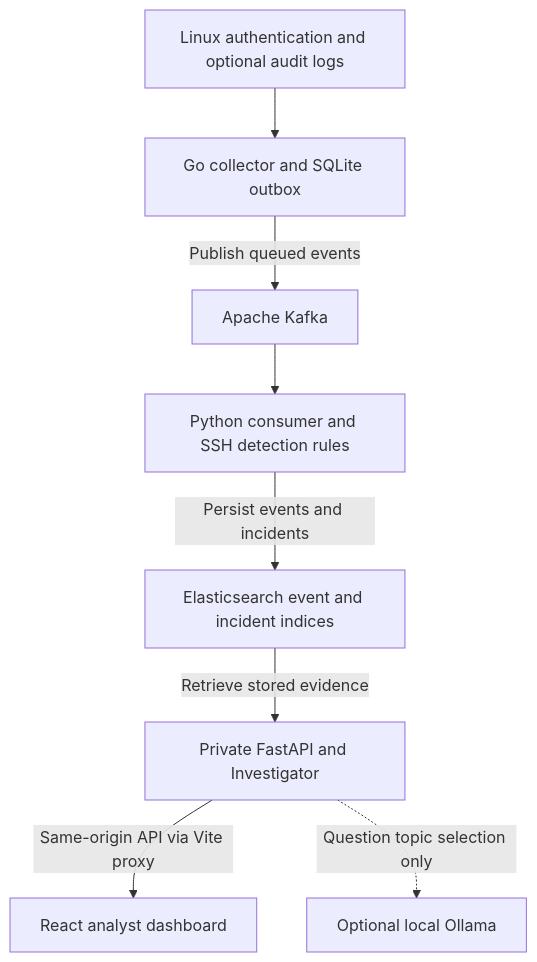
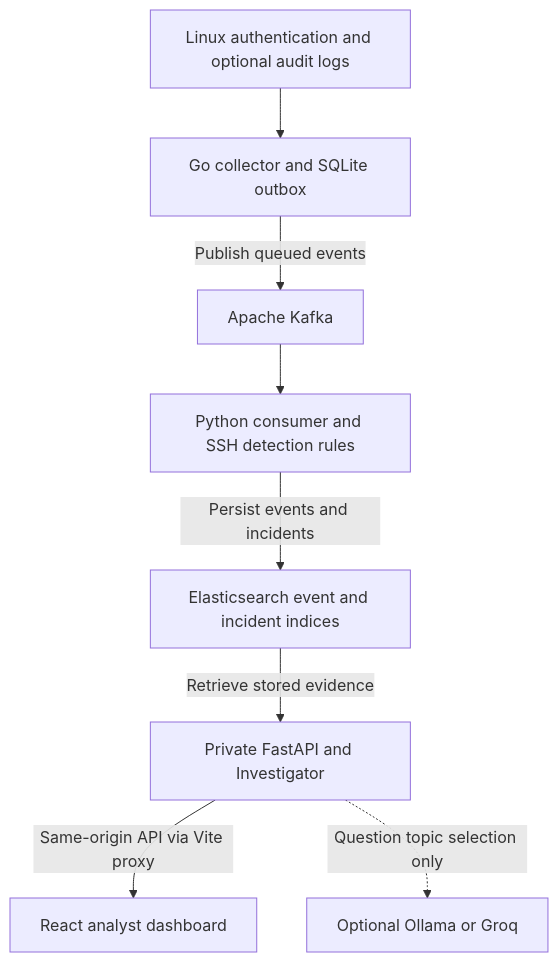
The diagram in README.md (Joemon24/Logly), drawn with Mermaid before and after one commit. The commit also changed other lines of this file and 14 other files, not shown here.

Commit message:
feat: add Groq topic routing to the Investigator

````diff
--- a/README.md
+++ b/README.md
@@ -24,19 +24,19 @@
 ```mermaid
 flowchart TD
     logs["Linux authentication and optional audit logs"]
     agent["Go collector and SQLite outbox"]
     kafka["Apache Kafka"]
     consumer["Python consumer and SSH detection rules"]
     search["Elasticsearch event and incident indices"]
     api["Private FastAPI and Investigator"]
     ui["React analyst dashboard"]
-    ollama["Optional local Ollama"]
+    router["Optional Ollama or Groq"]
 
     logs --> agent
     agent -->|"Publish queued events"| kafka
     kafka --> consumer
     consumer -->|"Persist events and incidents"| search
     search -->|"Retrieve stored evidence"| api
     api -->|"Same-origin API via Vite proxy"| ui
-    api -.->|"Question topic selection only"| ollama
+    api -.->|"Question topic selection only"| router
 ```
````
